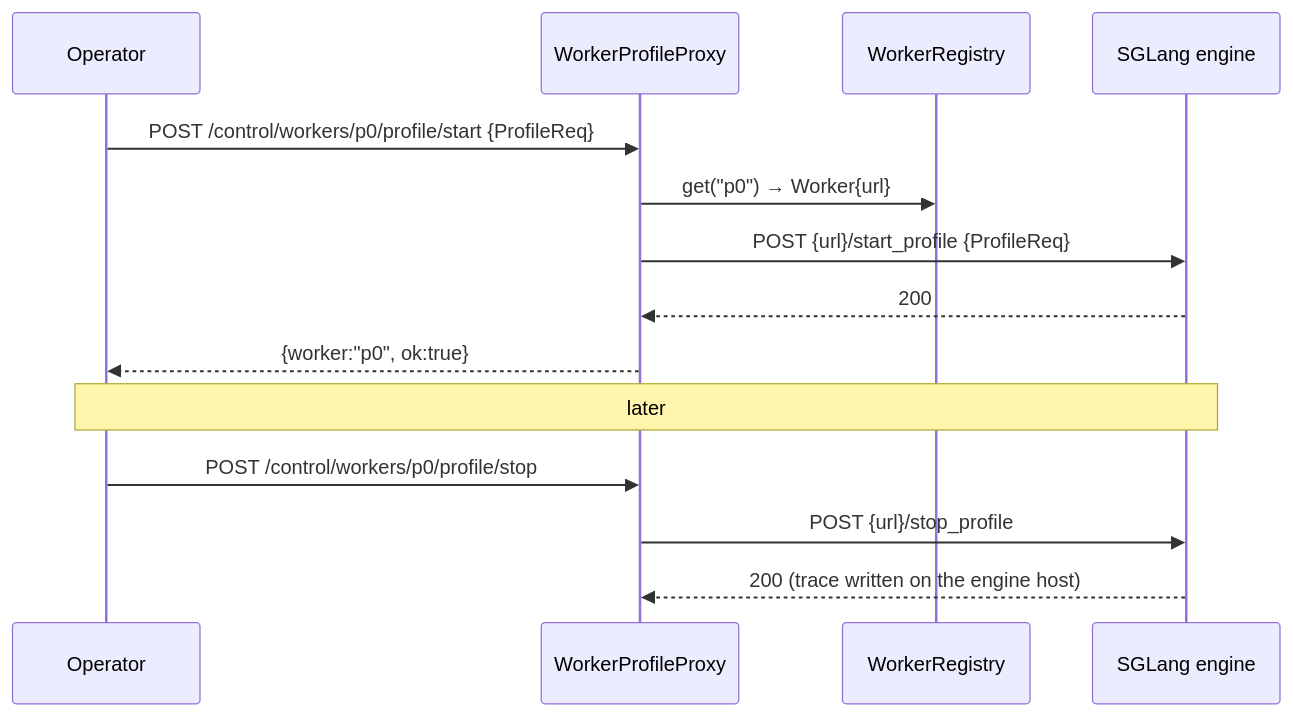
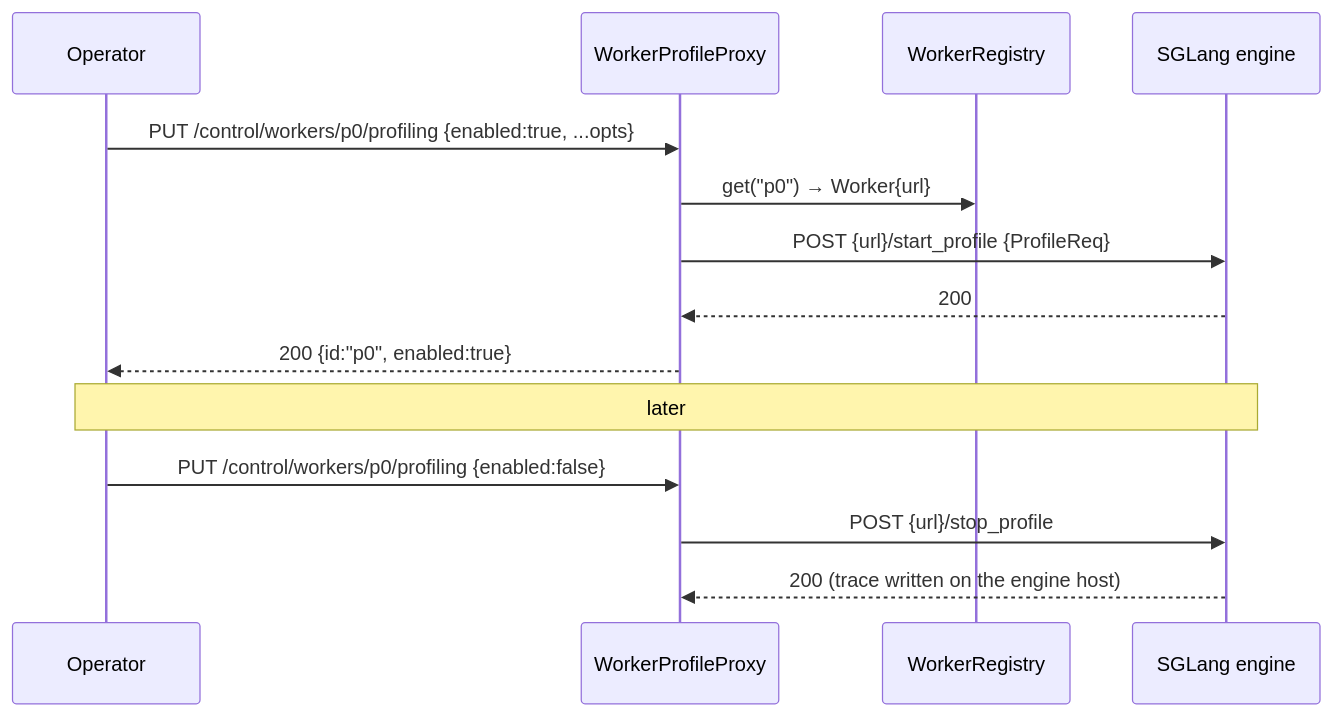
One commit to ZhaiFeiyue/sglang changed the fourth of 5 diagrams in experimental/sgl-router/docs/control_api_design.md. Above: the diagram before and after it, drawn with Mermaid. The commit also changed other lines of this file, not shown here.

First line of the commit message:
docs(sgl-router): make control API RESTful (resource-oriented)

````diff
--- a/experimental/sgl-router/docs/control_api_design.md
+++ b/experimental/sgl-router/docs/control_api_design.md
@@ -236,17 +273,17 @@
 ```mermaid
 sequenceDiagram
     participant Op as Operator
     participant WP as WorkerProfileProxy
     participant Reg as WorkerRegistry
     participant Eng as SGLang engine
 
-    Op->>WP: POST /control/workers/p0/profile/start {ProfileReq}
+    Op->>WP: PUT /control/workers/p0/profiling {enabled:true, ...opts}
     WP->>Reg: get("p0") → Worker{url}
     WP->>Eng: POST {url}/start_profile {ProfileReq}
     Eng-->>WP: 200
-    WP-->>Op: {worker:"p0", ok:true}
+    WP-->>Op: 200 {id:"p0", enabled:true}
     Note over Op,Eng: later
-    Op->>WP: POST /control/workers/p0/profile/stop
+    Op->>WP: PUT /control/workers/p0/profiling {enabled:false}
     WP->>Eng: POST {url}/stop_profile
     Eng-->>WP: 200 (trace written on the engine host)
 ```
````
